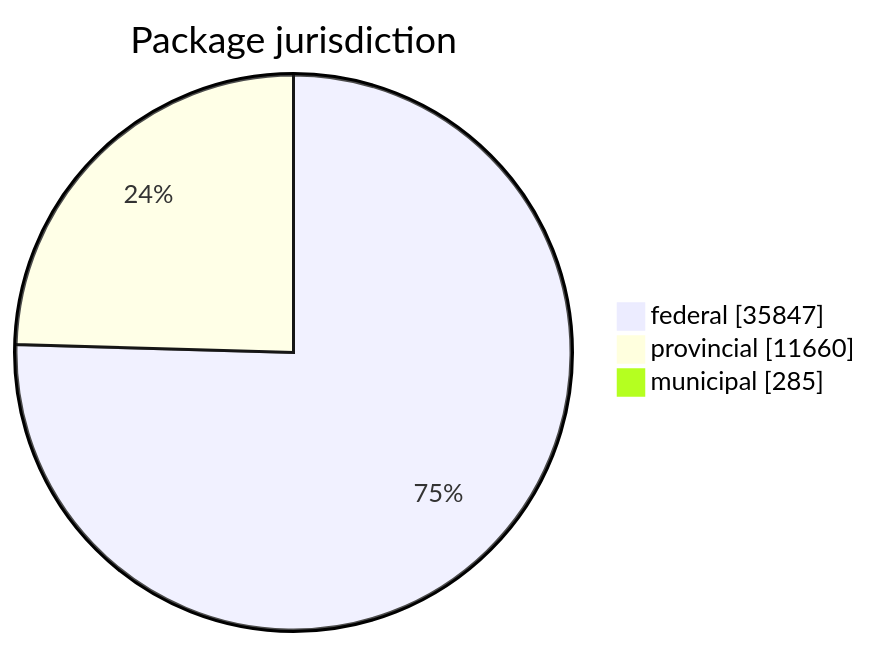
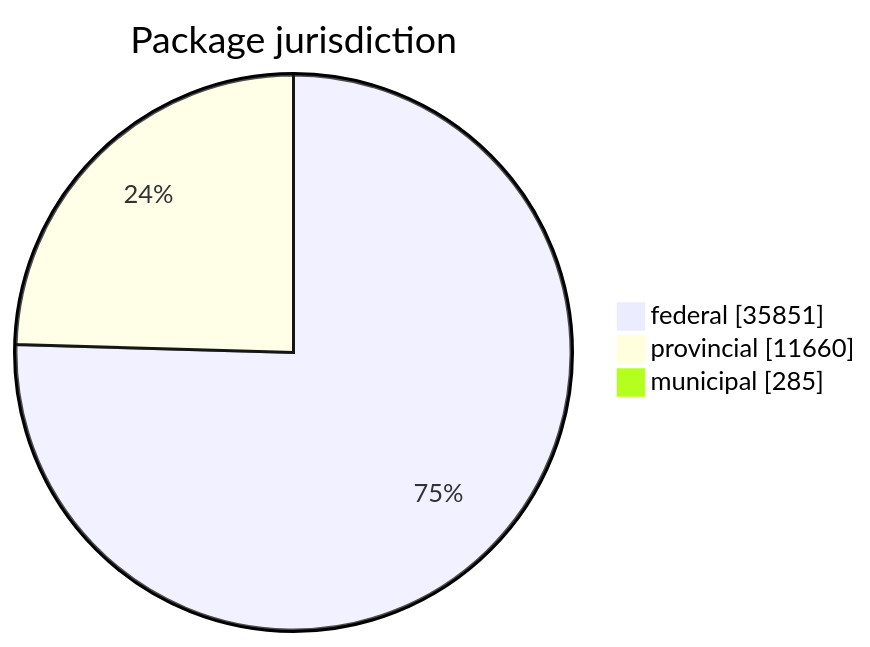
Before and after one commit to open-data/analytics-corporate-reporting: the first of 5 diagrams in FreshCheck/README.md, drawn with Mermaid. The commit also changed other lines of this file and 3 other files, not shown here.

````diff
--- a/FreshCheck/README.md
+++ b/FreshCheck/README.md
@@ -60,6 +60,6 @@
 ```mermaid
 pie showData title Package jurisdiction
-    "federal": 35847
+    "federal": 35851
     "provincial": 11660
     "municipal": 285
 ```
````
